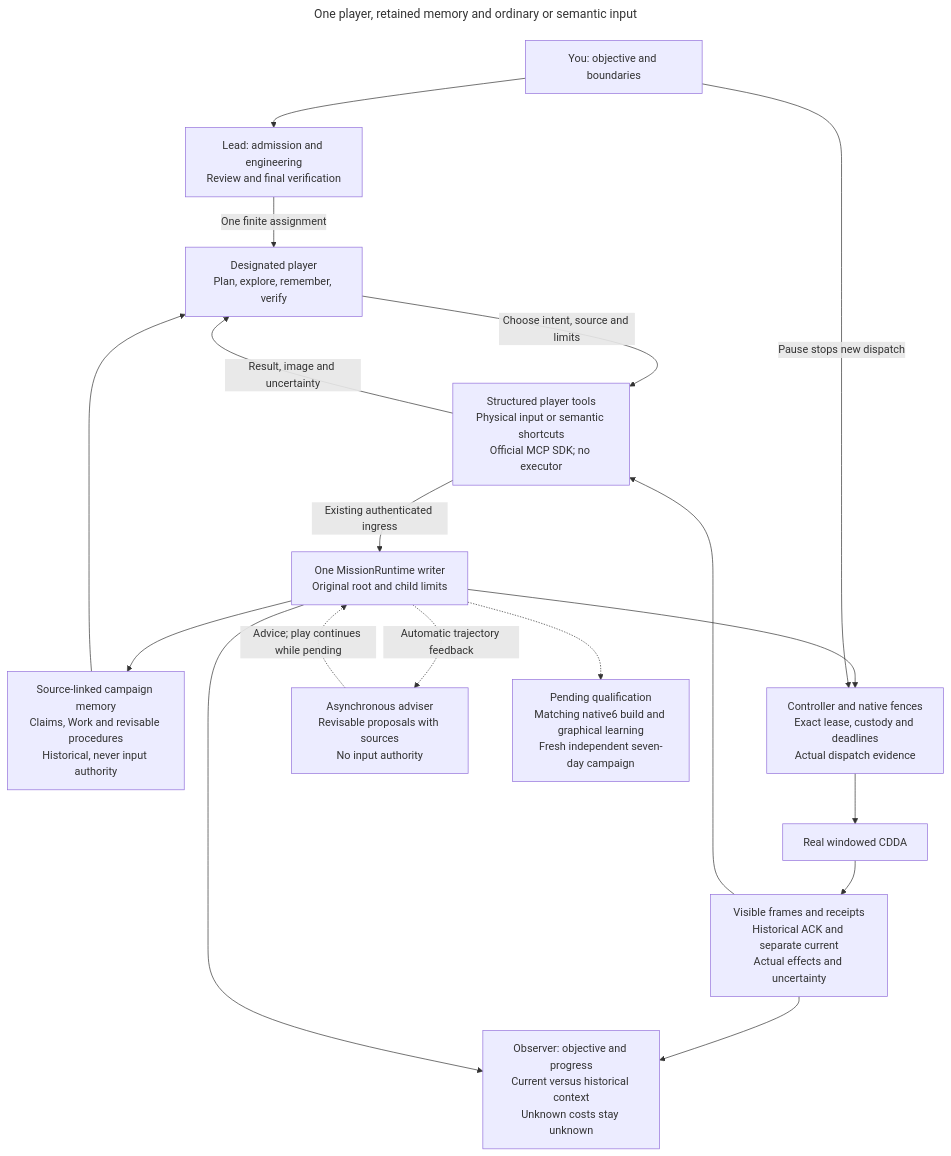
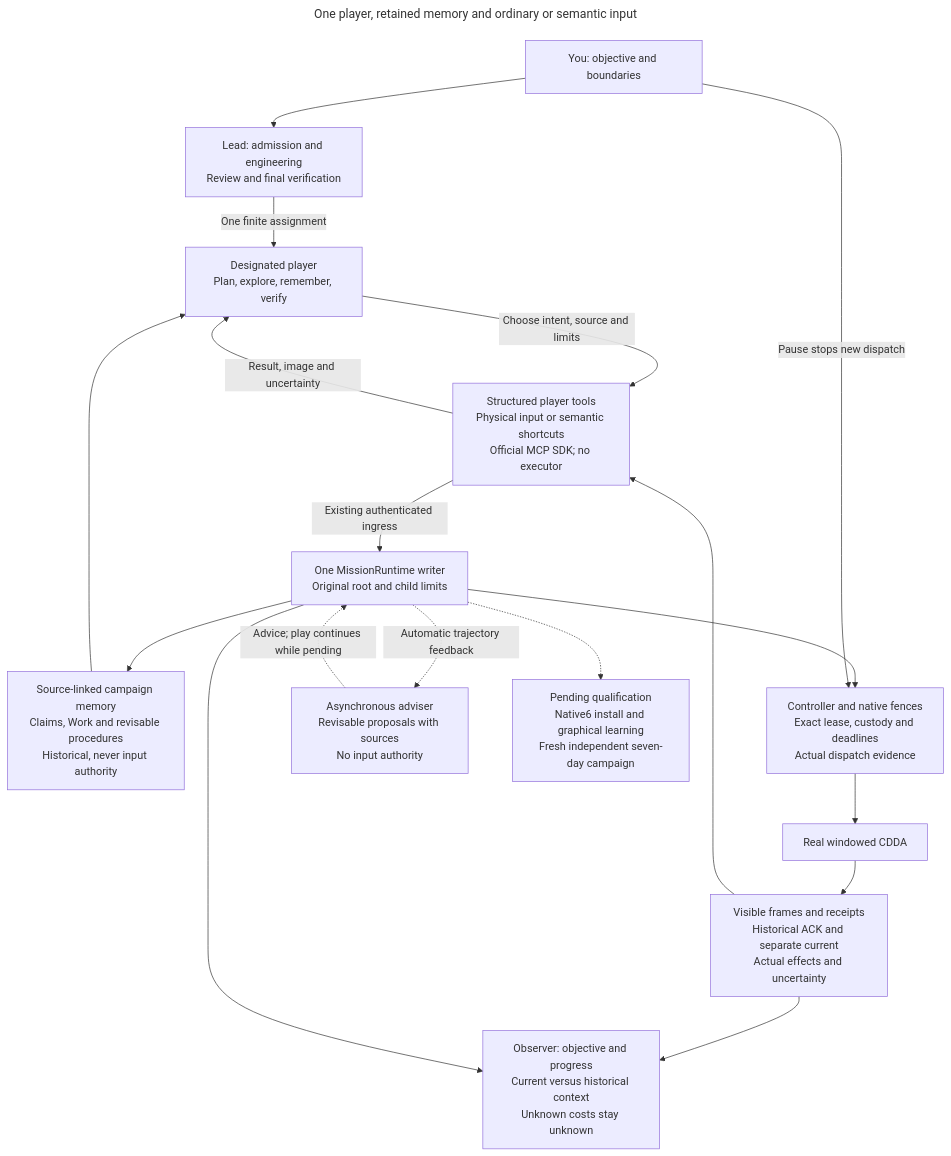
The diagram in docs/diagrams/player.mmd (CVX-Hull/enactive), drawn with Mermaid before and after one commit. The commit also changed 13 other files, not shown here.

First line of the commit message:
Align lifecycle fixtures with native delivery and record native6 build

```diff
--- a/docs/diagrams/player.mmd
+++ b/docs/diagrams/player.mmd
@@ -1,23 +1,23 @@
 ---
 title: One player, retained memory and ordinary or semantic input
 ---
 flowchart TD
   accTitle: Player decisions, historical memory and one mission writer
-  accDescr: The user sets objectives and can Pause independently. The lead freezes admission and source, reviews evidence and verifies acceptance without ordinary gameplay rescue or routine memory curation. One designated player plans, interprets visible evidence and chooses physical input or optional semantic skills. The adapter uses the existing ingress, not another executor. Source-linked memory and asynchronous advisory proposals support decisions but grant no authority. One MissionRuntime writer retains original limits and exact custody; direct physical input permits visual drift while semantic shortcuts retain equivalence checks. Historical ACK delivery stays separate from actual current evidence. The prior native5 learning mission supports scoped reuse, fresh-context application and advisory overlap; current native6 build, graphical learning and fresh seven-day qualification remain pending.
+  accDescr: The user sets objectives and can Pause independently. The lead freezes admission and source, reviews evidence and verifies acceptance without ordinary gameplay rescue or routine memory curation. One designated player plans, interprets visible evidence and chooses physical input or optional semantic skills. The adapter uses the existing ingress, not another executor. Source-linked memory and asynchronous advisory proposals support decisions but grant no authority. One MissionRuntime writer retains original limits and exact custody; direct physical input permits visual drift while semantic shortcuts retain equivalence checks. Historical ACK delivery stays separate from actual current evidence. The prior native5 learning mission supports scoped reuse, fresh-context application and advisory overlap; the native6 build passed locally, while installation, graphical learning and fresh seven-day qualification remain pending.
   User["You: objective and boundaries"] --> Lead["Lead: admission and engineering<br/>Review and final verification"]
   Lead -->|"One finite assignment"| Player["Designated player<br/>Plan, explore, remember, verify"]
   Memory["Source-linked campaign memory<br/>Claims, Work and revisable procedures<br/>Historical, never input authority"] --> Player
   Player -->|"Choose intent, source and limits"| Tools["Structured player tools<br/>Physical input or semantic shortcuts<br/>Official MCP SDK; no executor"]
   Tools -->|"Existing authenticated ingress"| Runtime["One MissionRuntime writer<br/>Original root and child limits"]
   Runtime --> Controller["Controller and native fences<br/>Exact lease, custody and deadlines<br/>Actual dispatch evidence"]
   Controller --> Game["Real windowed CDDA"]
   Game --> Evidence["Visible frames and receipts<br/>Historical ACK and separate current<br/>Actual effects and uncertainty"]
   Evidence --> Tools
   Tools -->|"Result, image and uncertainty"| Player
   Runtime --> Memory
   Runtime -.->|"Automatic trajectory feedback"| Adviser["Asynchronous adviser<br/>Revisable proposals with sources<br/>No input authority"]
   Adviser -.->|"Advice; play continues while pending"| Runtime
   Evidence --> Viewer["Observer: objective and progress<br/>Current versus historical context<br/>Unknown costs stay unknown"]
   Runtime --> Viewer
   User -->|"Pause stops new dispatch"| Controller
-  Runtime -.-> Gate["Pending qualification<br/>Matching native6 build and graphical learning<br/>Fresh independent seven-day campaign"]
+  Runtime -.-> Gate["Pending qualification<br/>Native6 install and graphical learning<br/>Fresh independent seven-day campaign"]
```
